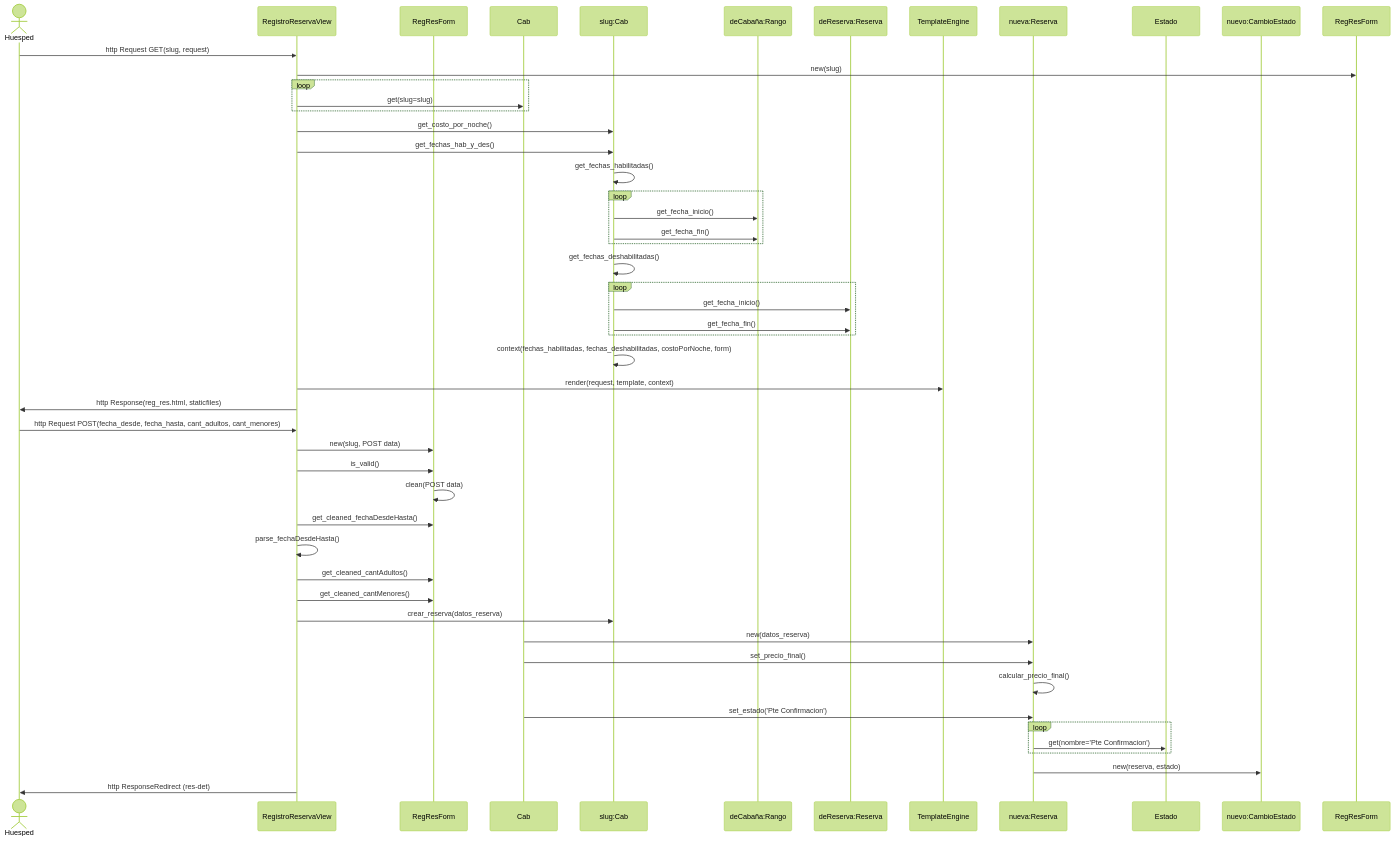
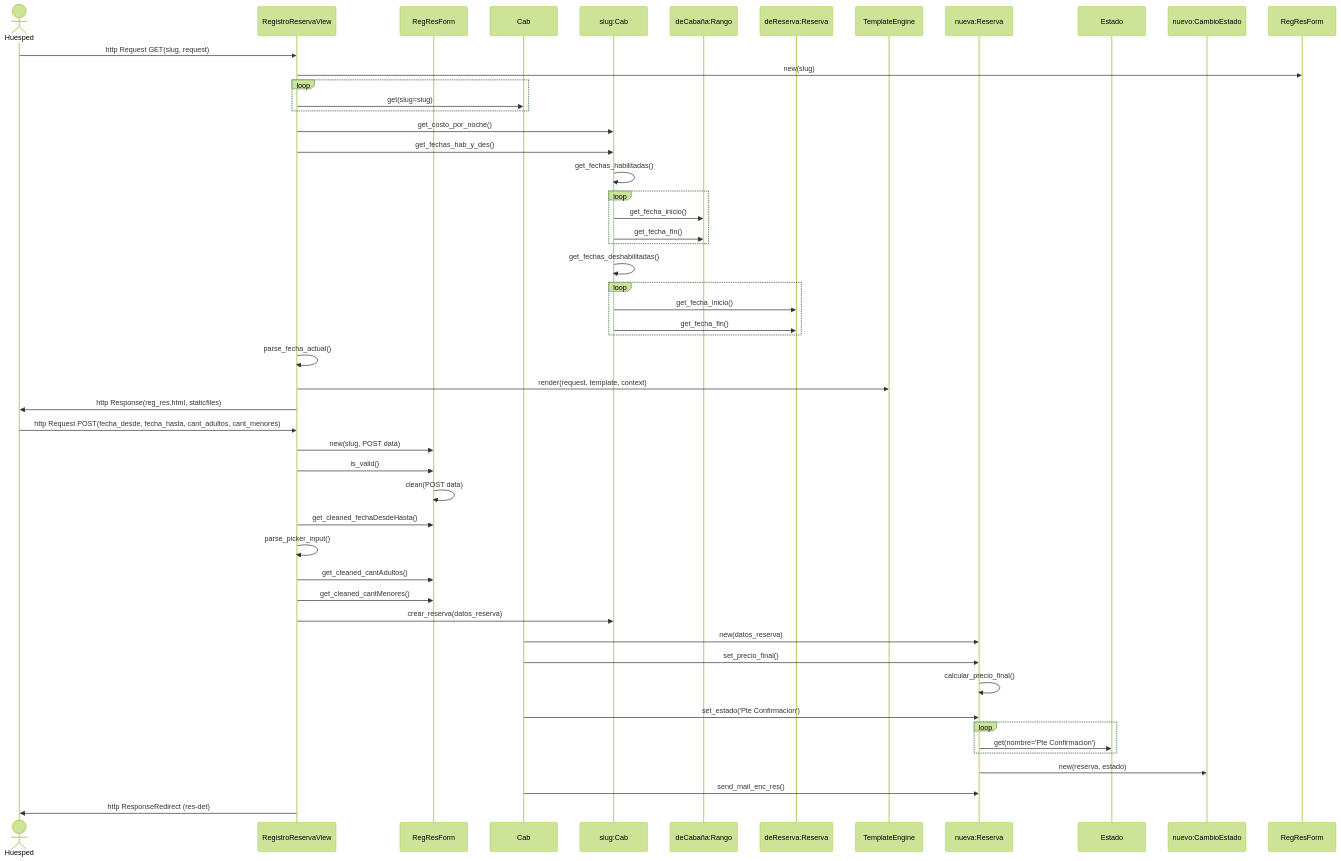
One commit to samuel-andres/djangohp changed the second of 2 diagrams in README.md. Above: the diagram before and after it, drawn with Mermaid (forest theme). The commit also changed other lines of this file and 6 other files, not shown here.

Commit message:
uml + comentarios

````diff
--- a/README.md
+++ b/README.md
@@ -122,52 +124,53 @@
 ``` mermaid
 sequenceDiagram
     actor HUE as Huesped
     participant VIEW as RegistroReservaView
     PARTICIPANT FORM as RegResForm
     participant CAB as Cab
     participant ACAB as slug:Cab
     participant RANGO as deCabaña:Rango
     participant RESERVA as deReserva:Reserva
     participant TEMP_ENG as TemplateEngine
     participant NRES as nueva:Reserva
     participant ESTADO as Estado
     participant NCE as nuevo:CambioEstado
     HUE ->> VIEW: http Request GET(slug, request)
     VIEW ->> RegResForm: new(slug)
     loop 
         VIEW ->> CAB: get(slug=slug)
     end
     VIEW ->> ACAB: get_costo_por_noche()
     VIEW ->> ACAB: get_fechas_hab_y_des()
     ACAB ->> ACAB: get_fechas_habilitadas()
     loop
         ACAB ->> RANGO: get_fecha_inicio()
         ACAB ->> RANGO: get_fecha_fin()
     end
     ACAB ->> ACAB: get_fechas_deshabilitadas()
     loop
         ACAB ->> RESERVA: get_fecha_inicio()
         ACAB ->> RESERVA: get_fecha_fin()
     end
-    ACAB ->> ACAB: context(fechas_habilitadas, fechas_deshabilitadas, costoPorNoche, form)
+    VIEW ->> VIEW: parse_fecha_actual()
     VIEW ->> TEMP_ENG: render(request, template, context)
     VIEW ->> HUE: http Response(reg_res.html, staticfiles)
     HUE ->> VIEW: http Request POST(fecha_desde, fecha_hasta, cant_adultos, cant_menores)
     VIEW ->> FORM: new(slug, POST data)
     VIEW ->> FORM: is_valid()
     FORM ->> FORM: clean(POST data)
     VIEW ->> FORM: get_cleaned_fechaDesdeHasta()
-    VIEW ->> VIEW: parse_fechaDesdeHasta()
+    VIEW ->> VIEW: parse_picker_input()
     VIEW ->> FORM: get_cleaned_cantAdultos()
     VIEW ->> FORM: get_cleaned_cantMenores()
     VIEW ->> ACAB: crear_reserva(datos_reserva)
     CAB ->> NRES: new(datos_reserva)
     CAB ->> NRES: set_precio_final()
     NRES ->> NRES: calcular_precio_final()
     CAB ->> NRES: set_estado('Pte Confirmacion')
     loop
         NRES ->> ESTADO: get(nombre='Pte Confirmacion')
     end
     NRES ->> NCE: new(reserva, estado)
+    CAB ->> NRES: send_mail_enc_res()
     VIEW ->> HUE: http ResponseRedirect (res-det)
 ```
````
